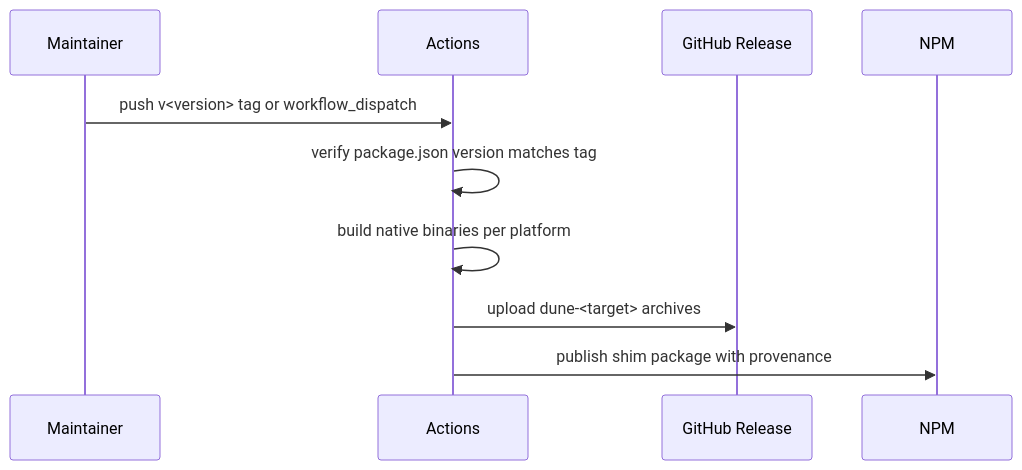
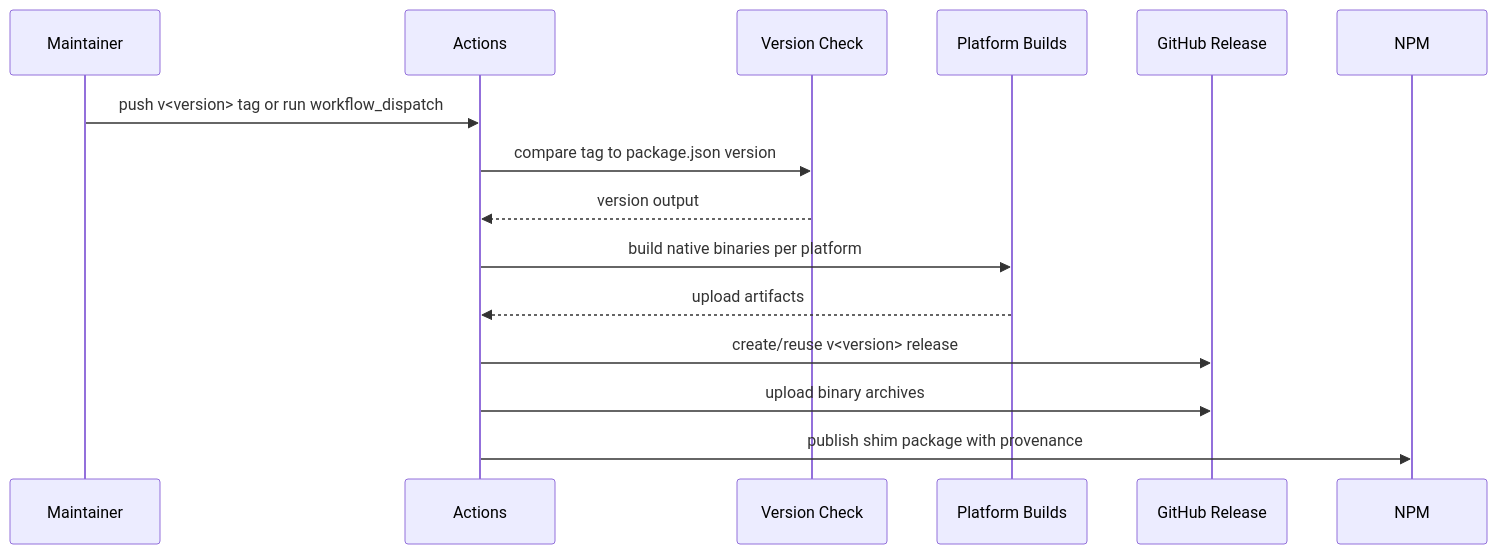
One commit to dotbrains/dune changed the first of 2 diagrams in docs/releasing.md. Above: the diagram before and after it, drawn with Mermaid. The commit also changed other lines of this file and 4 other files, not shown here.

````diff
--- a/docs/releasing.md
+++ b/docs/releasing.md
@@ -5,12 +7,18 @@
 ```mermaid
 sequenceDiagram
   participant Maintainer
   participant Actions
+  participant Check as Version Check
+  participant Build as Platform Builds
   participant Release as GitHub Release
   participant NPM
-  Maintainer->>Actions: push v<version> tag or workflow_dispatch
-  Actions->>Actions: verify package.json version matches tag
-  Actions->>Actions: build native binaries per platform
-  Actions->>Release: upload dune-<target> archives
+
+  Maintainer->>Actions: push v<version> tag or run workflow_dispatch
+  Actions->>Check: compare tag to package.json version
+  Check-->>Actions: version output
+  Actions->>Build: build native binaries per platform
+  Build-->>Actions: upload artifacts
+  Actions->>Release: create/reuse v<version> release
+  Actions->>Release: upload binary archives
   Actions->>NPM: publish shim package with provenance
 ```
````
